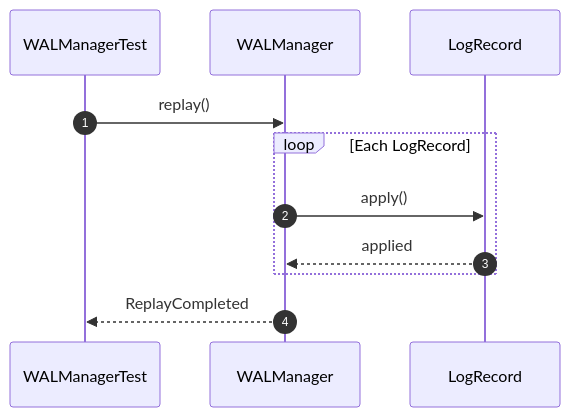
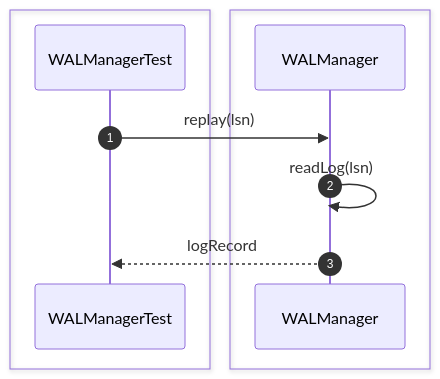
One commit to Huy1801214/dbms-architecture changed the third of 28 diagrams in src/sequence/recovery.md. Above: the diagram before and after it, drawn with Mermaid. The commit also changed other lines of this file and 10 other files, not shown here.

Commit message:
add comprehensive sequence diagrams and documentation for system architecture and unit testing specifications

````diff
--- a/src/sequence/recovery.md
+++ b/src/sequence/recovery.md
@@ -43,16 +42,15 @@
-```mermaid 
+```mermaid
 sequenceDiagram
     autonumber
+
+    box #e1f5fe Test Suite
     participant Test as WALManagerTest
+    end
+    box #ffebee Recovery Components
     participant WAL as WALManager
-    participant Log as LogRecord
-
-    Test->>WAL: replay()
-
-    loop Each LogRecord
-        WAL->>Log: apply()
-        Log-->>WAL: applied
     end
 
-    WAL-->>Test: ReplayCompleted
+    Test->>WAL: replay(lsn)
+    WAL->>WAL: readLog(lsn)
+    WAL-->>Test: logRecord
 ```
````
